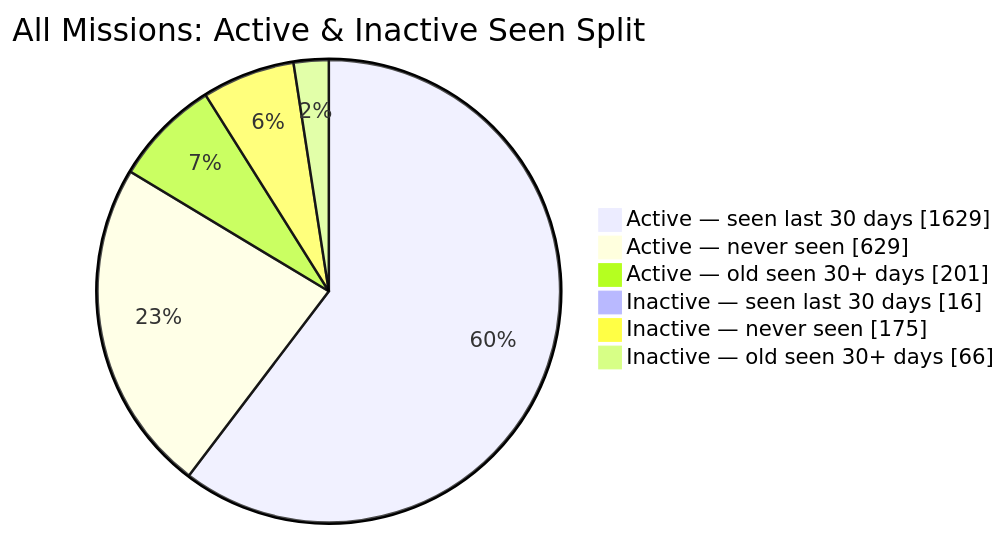
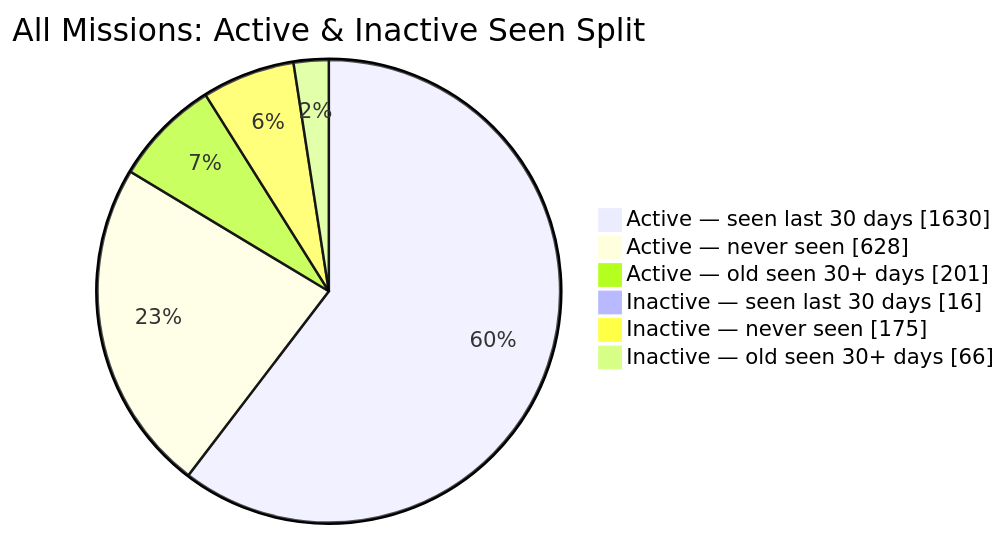
Before and after one commit to MeldkamerspelGameTeam/active-missions: the second of 2 diagrams in README.md, drawn with Mermaid. The commit also changed other lines of this file and 2 other files, not shown here.

````diff
--- a/README.md
+++ b/README.md
@@ -44,10 +44,10 @@
 ```mermaid
 pie showData
     title All Missions: Active & Inactive Seen Split
-    "Active — seen last 30 days" : 1629
-    "Active — never seen" : 629
+    "Active — seen last 30 days" : 1630
+    "Active — never seen" : 628
     "Active — old seen 30+ days" : 201
     "Inactive — seen last 30 days" : 16
     "Inactive — never seen" : 175
     "Inactive — old seen 30+ days" : 66
 ```
````
